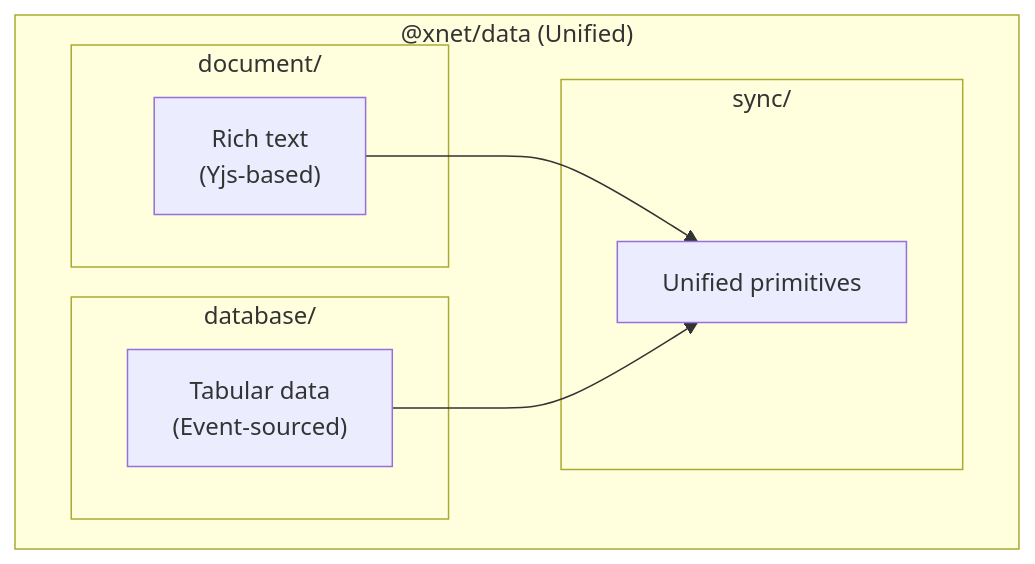
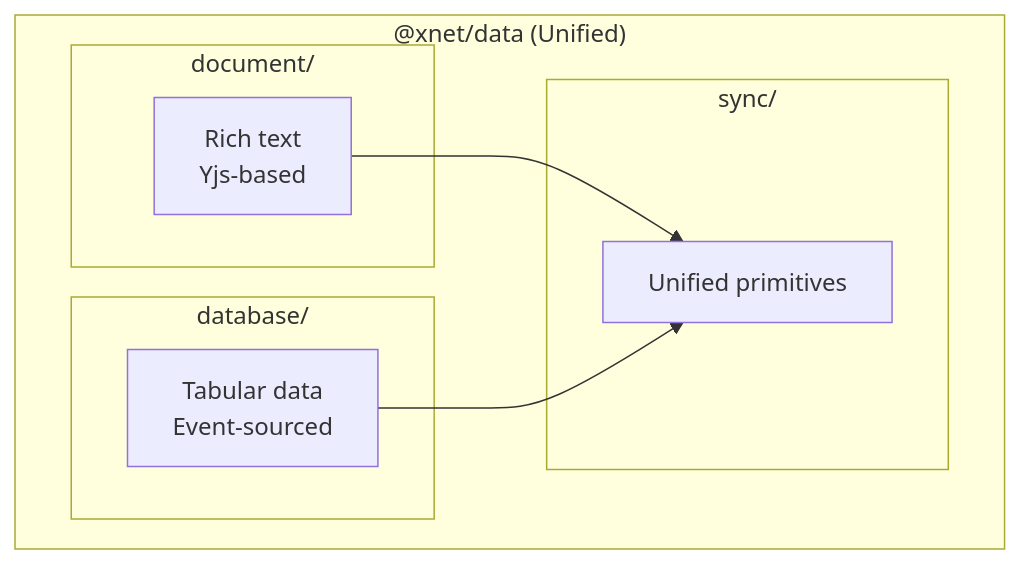
Before and after one commit to crs48/xNet: the fourth of 8 diagrams in docs/explorations/CODEBASE_REVIEW.md, drawn with Mermaid. The commit also changed other lines of this file and 21 other files, not shown here.

First line of the commit message:
Fix Mermaid parse errors: remove parentheses in flowchart node labels after <br/> tags

````diff
--- a/docs/explorations/CODEBASE_REVIEW.md
+++ b/docs/explorations/CODEBASE_REVIEW.md
@@ -235,17 +235,17 @@
 ```mermaid
 flowchart TD
     subgraph unified["@xnet/data (Unified)"]
         subgraph doc["document/"]
-            DOC["Rich text<br/>(Yjs-based)"]
+            DOC["Rich text<br/>Yjs-based"]
         end
         subgraph db["database/"]
-            DB["Tabular data<br/>(Event-sourced)"]
+            DB["Tabular data<br/>Event-sourced"]
         end
         subgraph sync["sync/"]
             SYNC["Unified primitives"]
         end
     end
 
     DOC --> SYNC
     DB --> SYNC
 ```
````
